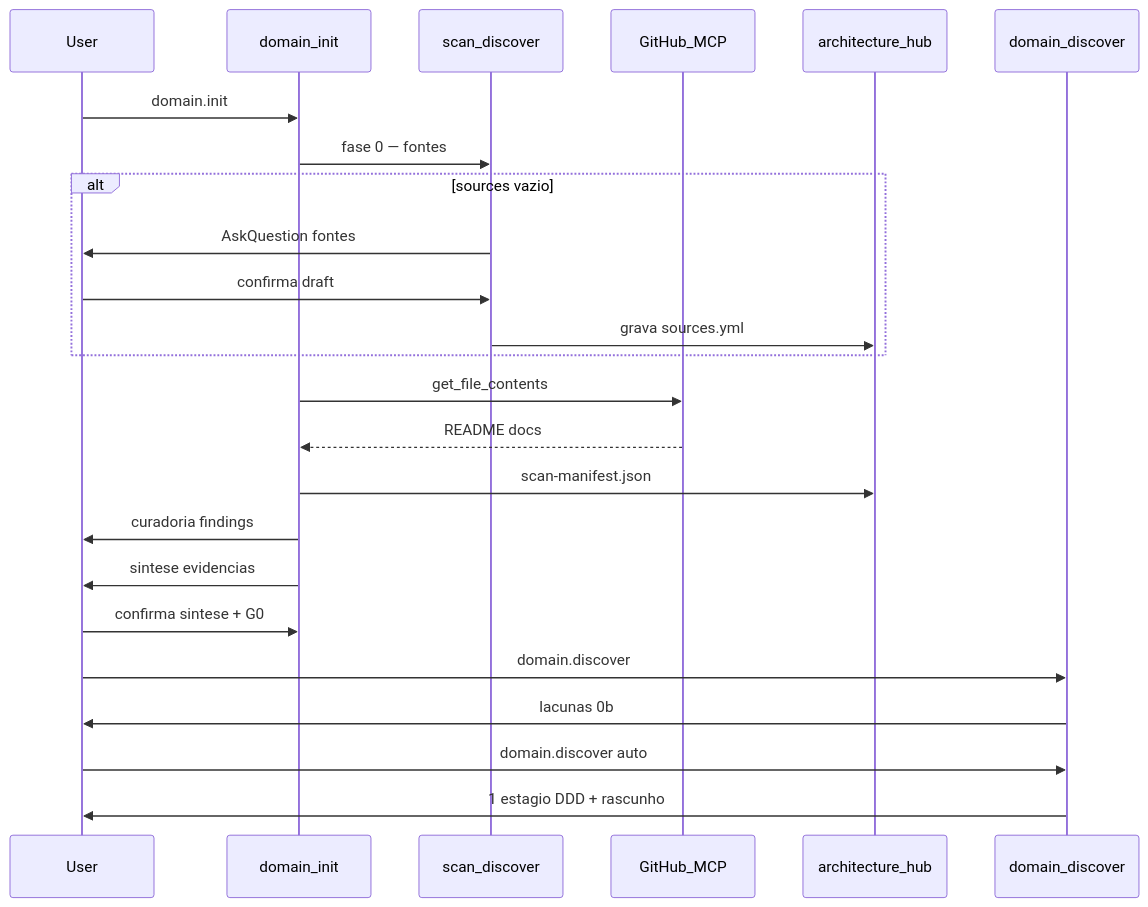
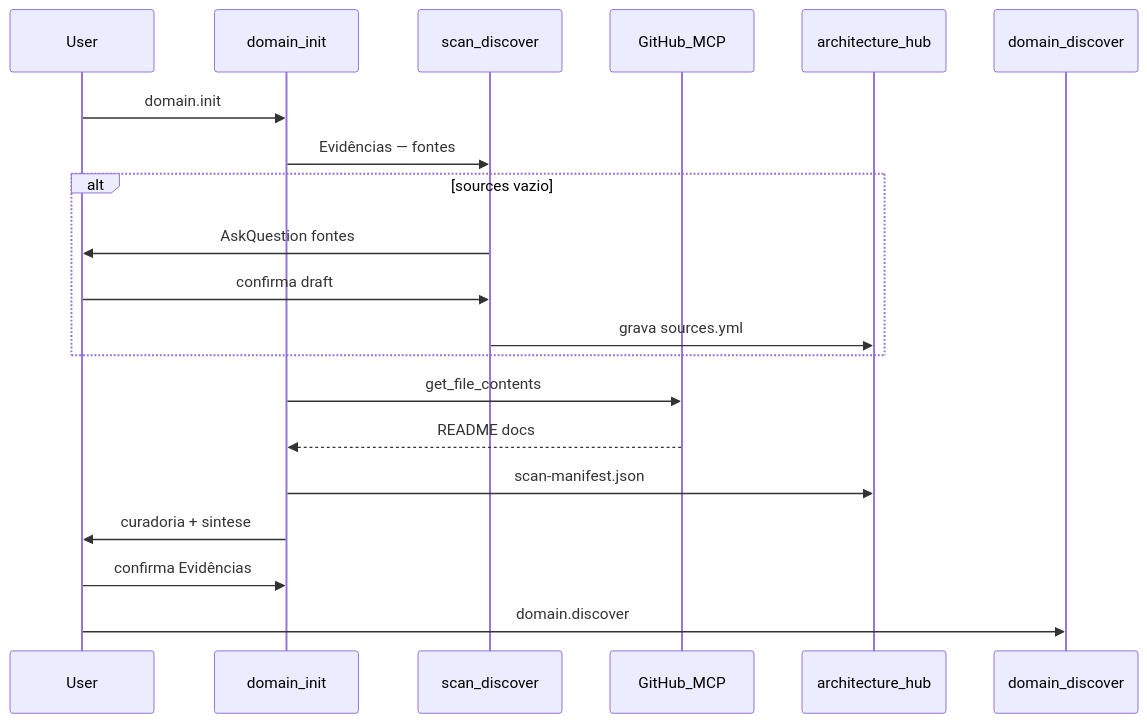
Before and after one commit to DudaMoresco/work-kit: the diagram in domain-kit/HOW-IT-WORKS.md, drawn with Mermaid. The commit also changed other lines of this file and 11 other files, not shown here.

First line of the commit message:
Align docs and gates with phase model and operacional flows.

````diff
--- a/domain-kit/HOW-IT-WORKS.md
+++ b/domain-kit/HOW-IT-WORKS.md
@@ -65,27 +66,23 @@
 ```mermaid
 sequenceDiagram
   participant User
   participant Init as domain_init
   participant Plan as scan_discover
   participant MCP as GitHub_MCP
   participant Hub as architecture_hub
   participant Discover as domain_discover
 
   User->>Init: domain.init
-  Init->>Plan: fase 0 — fontes
+  Init->>Plan: Evidências — fontes
   alt sources vazio
     Plan->>User: AskQuestion fontes
     User->>Plan: confirma draft
     Plan->>Hub: grava sources.yml
   end
   Init->>MCP: get_file_contents
   MCP-->>Init: README docs
   Init->>Hub: scan-manifest.json
-  Init->>User: curadoria findings
-  Init->>User: sintese evidencias
-  User->>Init: confirma sintese + G0
+  Init->>User: curadoria + sintese
+  User->>Init: confirma Evidências
   User->>Discover: domain.discover
-  Discover->>User: lacunas 0b
-  User->>Discover: domain.discover auto
-  Discover->>User: 1 estagio DDD + rascunho
 ```
````
